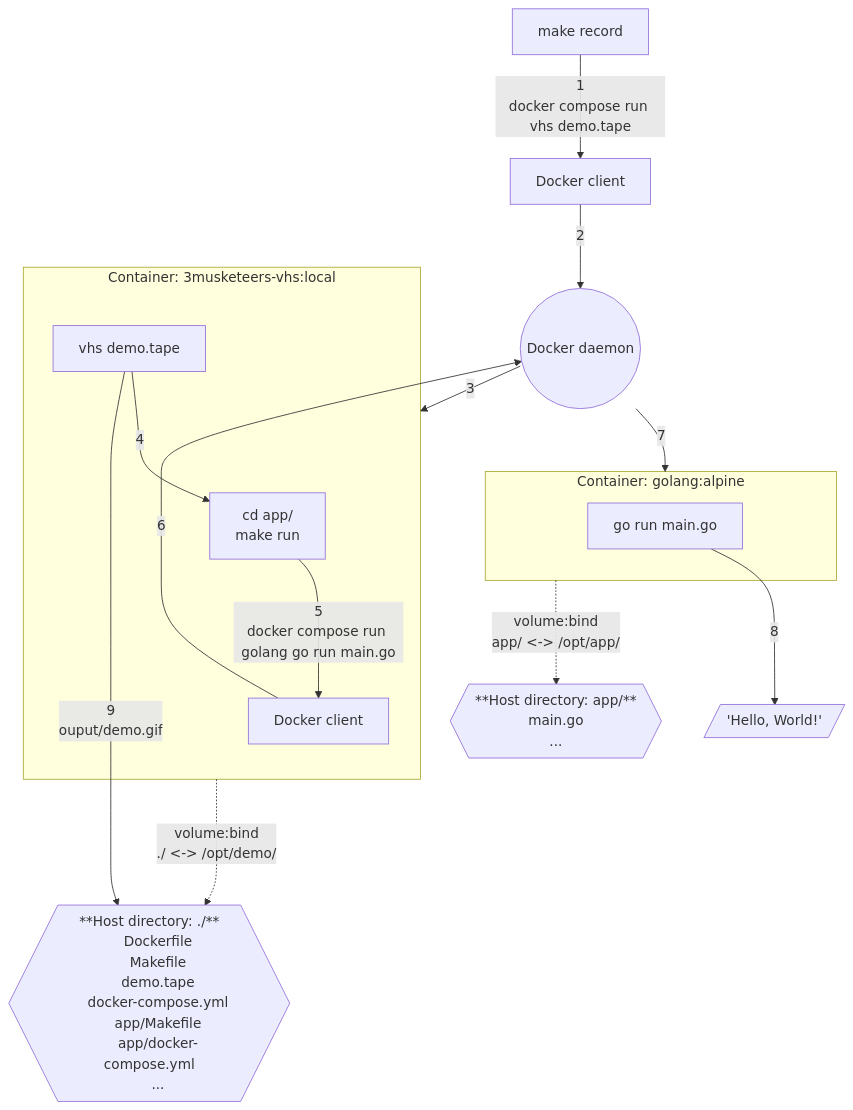
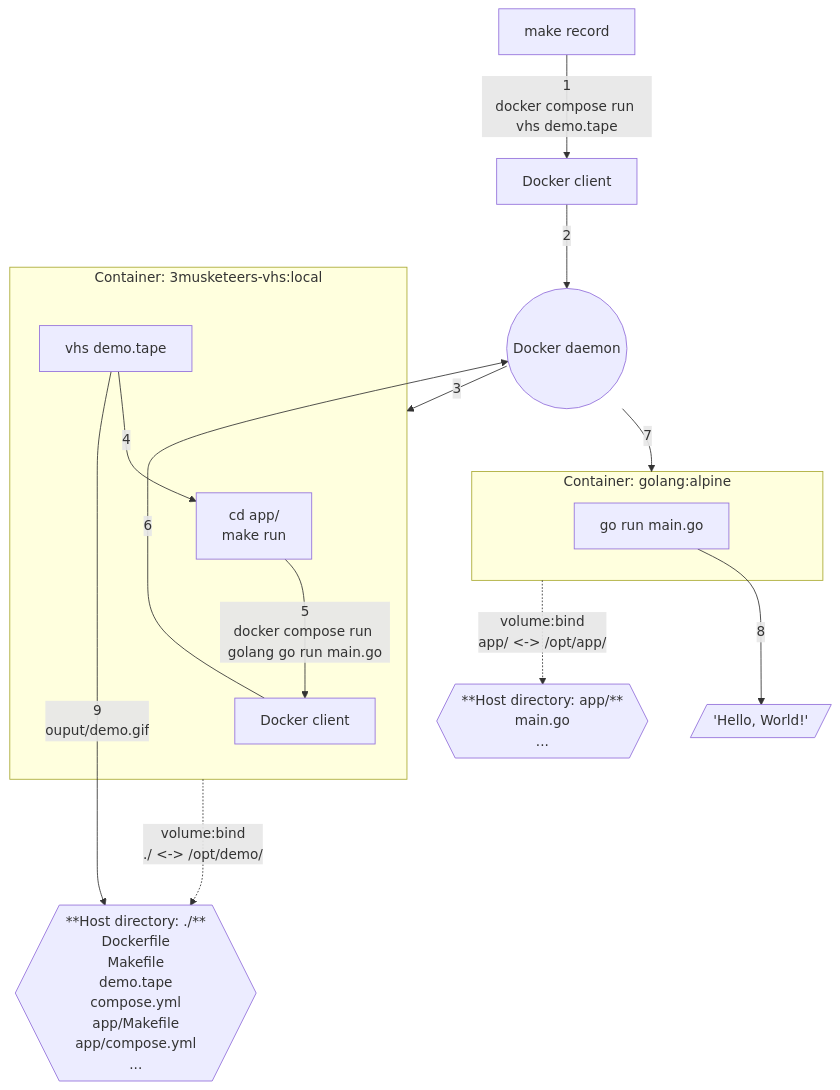
The diagram in demo/README.md (flemay/3musketeers), drawn with Mermaid before and after one commit. The commit also changed other lines of this file and 6 other files, not shown here.

Commit message:
docker-compose -> docker compose

````diff
--- a/demo/README.md
+++ b/demo/README.md
@@ -39,31 +39,31 @@
 ```mermaid
 graph TB
     make-record[make record]-->|1\ndocker compose run vhs demo.tape|host-docker-client[Docker client]
     host-docker-client-->|2|docker-daemon((Docker daemon))
     subgraph vhs-local-container [Container: 3musketeers-vhs:local]
     vhs[vhs demo.tape]-->|4|make-run["cd app/
     make run"]
     make-run-->|5\ndocker compose run golang go run main.go|docker-client[Docker client]
     end
     docker-daemon-->|3|vhs-local-container
     docker-client-->|6|docker-daemon
     dir-demo{{"**Host directory: ./**
     Dockerfile
     Makefile
     demo.tape
-    docker-compose.yml
+    compose.yml
     app/Makefile
-    app/docker-compose.yml
+    app/compose.yml
     ..."}}
     vhs-local-container-...->|volume:bind\n./ <-> /opt/demo/|dir-demo
     docker-daemon-->|7|golang-alpine-container
     subgraph golang-alpine-container [Container: golang:alpine]
         go-run[go run main.go]
     end
     dir-demo-app{{"**Host directory: app/**
     main.go
     ..."}}
     golang-alpine-container-.->|volume:bind\napp/ <-> /opt/app/|dir-demo-app
     go-run-->|8|hello-world[/'Hello, World!'/]
     vhs-->|9\nouput/demo.gif|dir-demo
 ```
````
